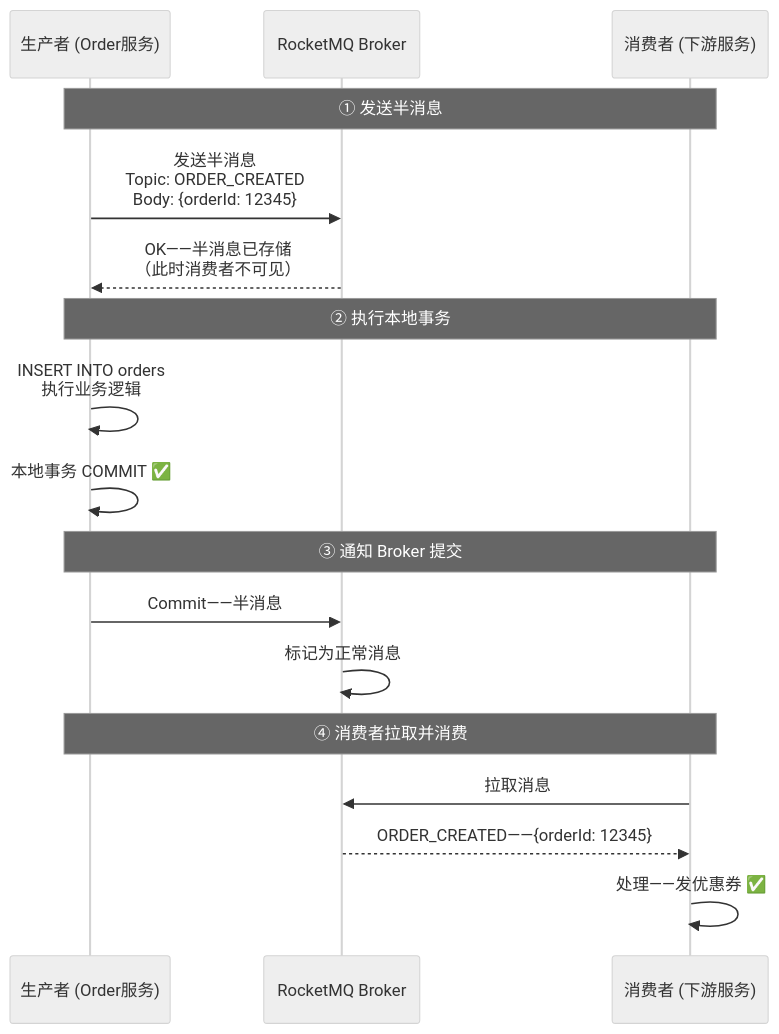
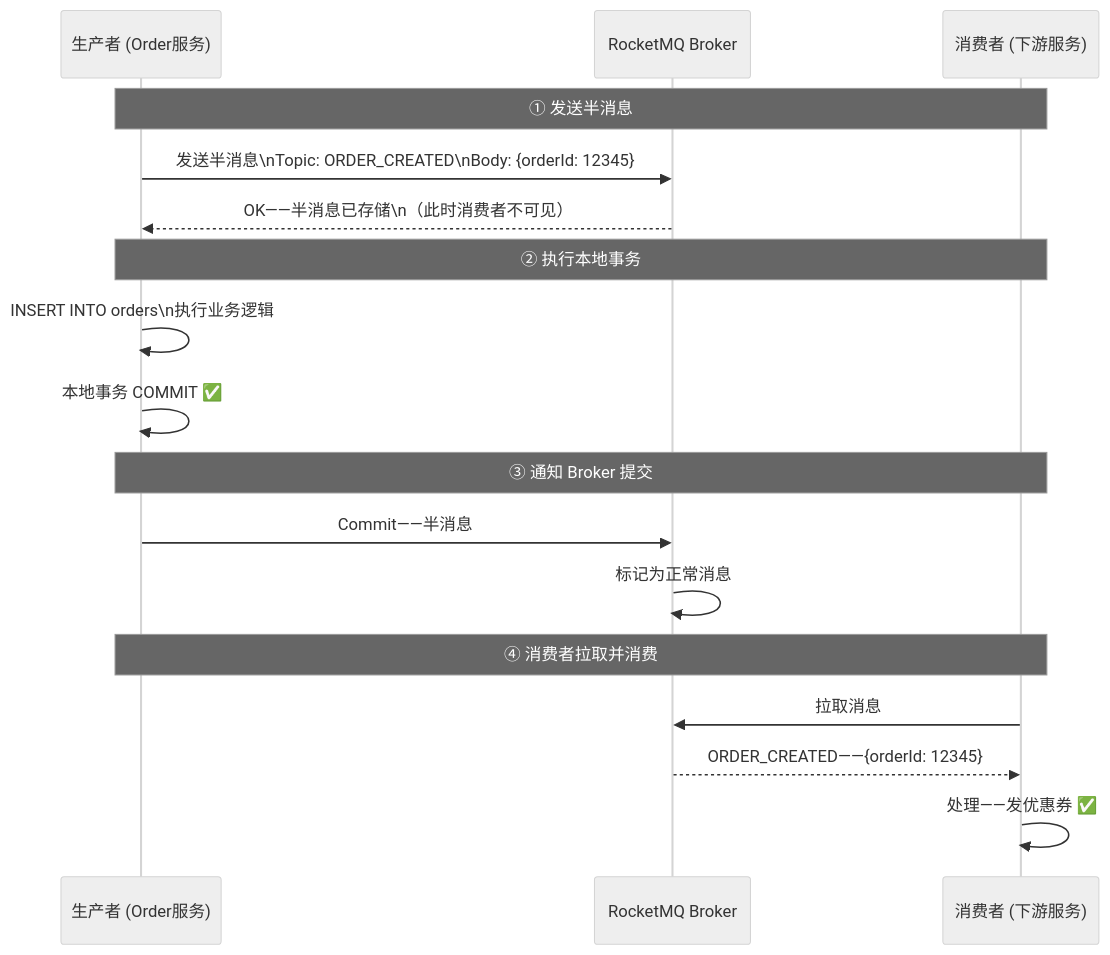
One commit to yaocat55/yaocat55.github.io changed the second of 5 diagrams in content/posts/distributed-algorithms/TransactionalMessageHalfMessageAndCheckback.md. Above: the diagram before and after it, drawn with Mermaid (neutral theme). The commit also changed other lines of this file and 155 other files, not shown here.

````diff
--- a/content/posts/distributed-algorithms/TransactionalMessageHalfMessageAndCheckback.md
+++ b/content/posts/distributed-algorithms/TransactionalMessageHalfMessageAndCheckback.md
@@ -122,27 +122,27 @@
 ```mermaid
 sequenceDiagram
     participant P as 生产者 (Order服务)
     participant B as RocketMQ Broker
     participant C as 消费者 (下游服务)
 
     Note over P,C: ① 发送半消息
 
-    P->>B: 发送半消息<br/>Topic: ORDER_CREATED<br/>Body: {orderId: 12345}
-    B-->>P: OK——半消息已存储<br/>（此时消费者不可见）
+    P->>B: 发送半消息\nTopic: ORDER_CREATED\nBody: {orderId: 12345}
+    B-->>P: OK——半消息已存储\n（此时消费者不可见）
 
     Note over P,C: ② 执行本地事务
 
-    P->>P: INSERT INTO orders<br/>执行业务逻辑
+    P->>P: INSERT INTO orders\n执行业务逻辑
     P->>P: 本地事务 COMMIT ✅
 
     Note over P,C: ③ 通知 Broker 提交
 
     P->>B: Commit——半消息 #msg_001
     B->>B: 标记为正常消息
 
     Note over P,C: ④ 消费者拉取并消费
 
     C->>B: 拉取消息
     B-->>C: ORDER_CREATED——{orderId: 12345}
     C->>C: 处理——发优惠券 ✅
 ```
````
